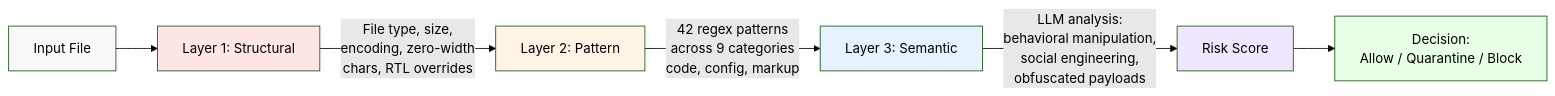
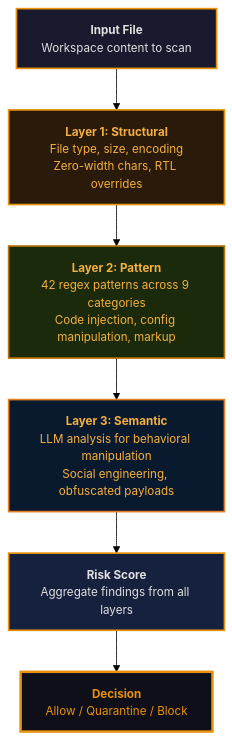
Before and after one commit to originalrgsec/open-workspace-builder: the diagram in docs/concepts/architecture.md, drawn with Mermaid (forest theme).

Commit message:
docs: improve security scanner diagram readability and brand alignment

````diff
--- a/docs/concepts/architecture.md
+++ b/docs/concepts/architecture.md
@@ -35,15 +35,22 @@
 ```mermaid
-graph LR
-    A["Input File"] --> B["Layer 1: Structural"]
-    B --> |"File type, size,<br/>encoding, zero-width<br/>chars, RTL overrides"| C["Layer 2: Pattern"]
-    C --> |"42 regex patterns<br/>across 9 categories<br/>code, config, markup"| D["Layer 3: Semantic"]
-    D --> |"LLM analysis:<br/>behavioral manipulation,<br/>social engineering,<br/>obfuscated payloads"| E["Risk Score"]
-    E --> F["Decision:<br/>Allow / Quarantine / Block"]
-    
-    style A fill:#f9f9f9
-    style B fill:#ffe6e6
-    style C fill:#fff4e6
-    style D fill:#e6f3ff
-    style E fill:#f0e6ff
-    style F fill:#e6ffe6
+graph TD
+    A["<b>Input File</b><br/>Workspace content to scan"]:::input
+    B["<b>Layer 1: Structural</b><br/>File type, size, encoding<br/>Zero-width chars, RTL overrides"]:::layer1
+    C["<b>Layer 2: Pattern</b><br/>42 regex patterns across 9 categories<br/>Code injection, config manipulation, markup"]:::layer2
+    D["<b>Layer 3: Semantic</b><br/>LLM analysis for behavioral manipulation<br/>Social engineering, obfuscated payloads"]:::layer3
+    E["<b>Risk Score</b><br/>Aggregate findings from all layers"]:::score
+    F["<b>Decision</b><br/>Allow / Quarantine / Block"]:::decision
+
+    A --> B
+    B --> C
+    C --> D
+    D --> E
+    E --> F
+
+    classDef input fill:#1A1A2E,stroke:#E8920D,stroke-width:2px,color:#E0E0E0,font-size:14px
+    classDef layer1 fill:#2A1A0A,stroke:#E8920D,stroke-width:2px,color:#F5B041,font-size:14px
+    classDef layer2 fill:#1A2A0A,stroke:#B87308,stroke-width:2px,color:#F5B041,font-size:14px
+    classDef layer3 fill:#0A1A2E,stroke:#E67E22,stroke-width:2px,color:#F5B041,font-size:14px
+    classDef score fill:#16213E,stroke:#E8920D,stroke-width:2px,color:#E0E0E0,font-size:14px
+    classDef decision fill:#0F0F1A,stroke:#E8920D,stroke-width:3px,color:#E8920D,font-size:14px
 ```
````
